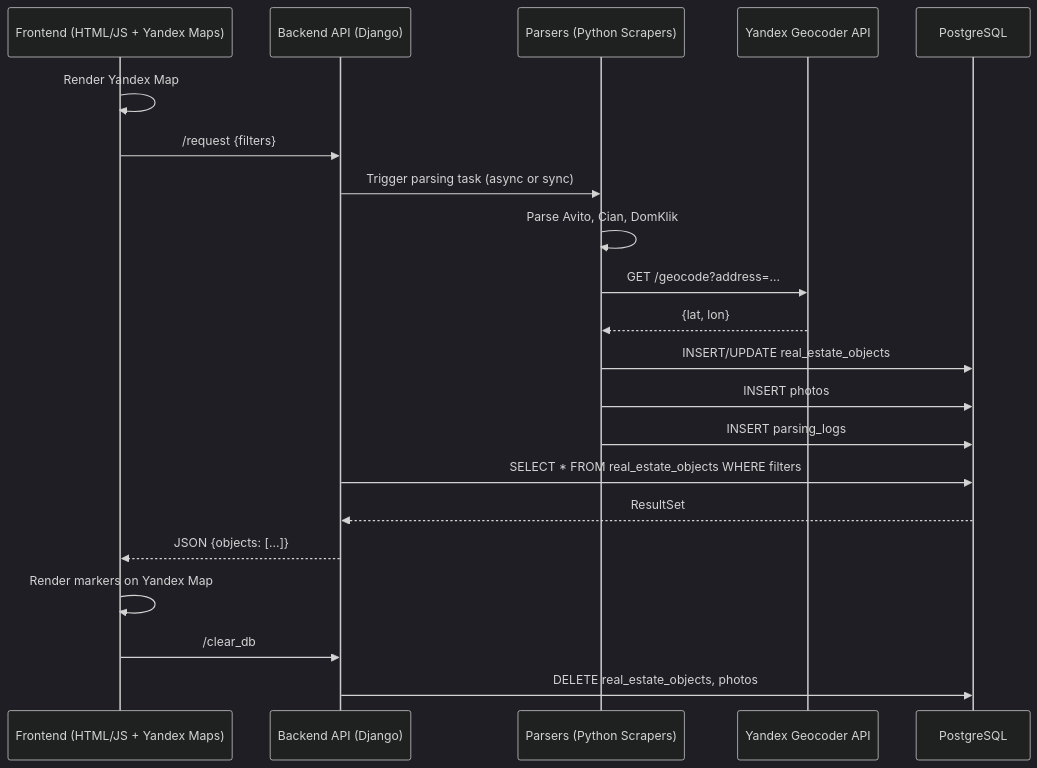
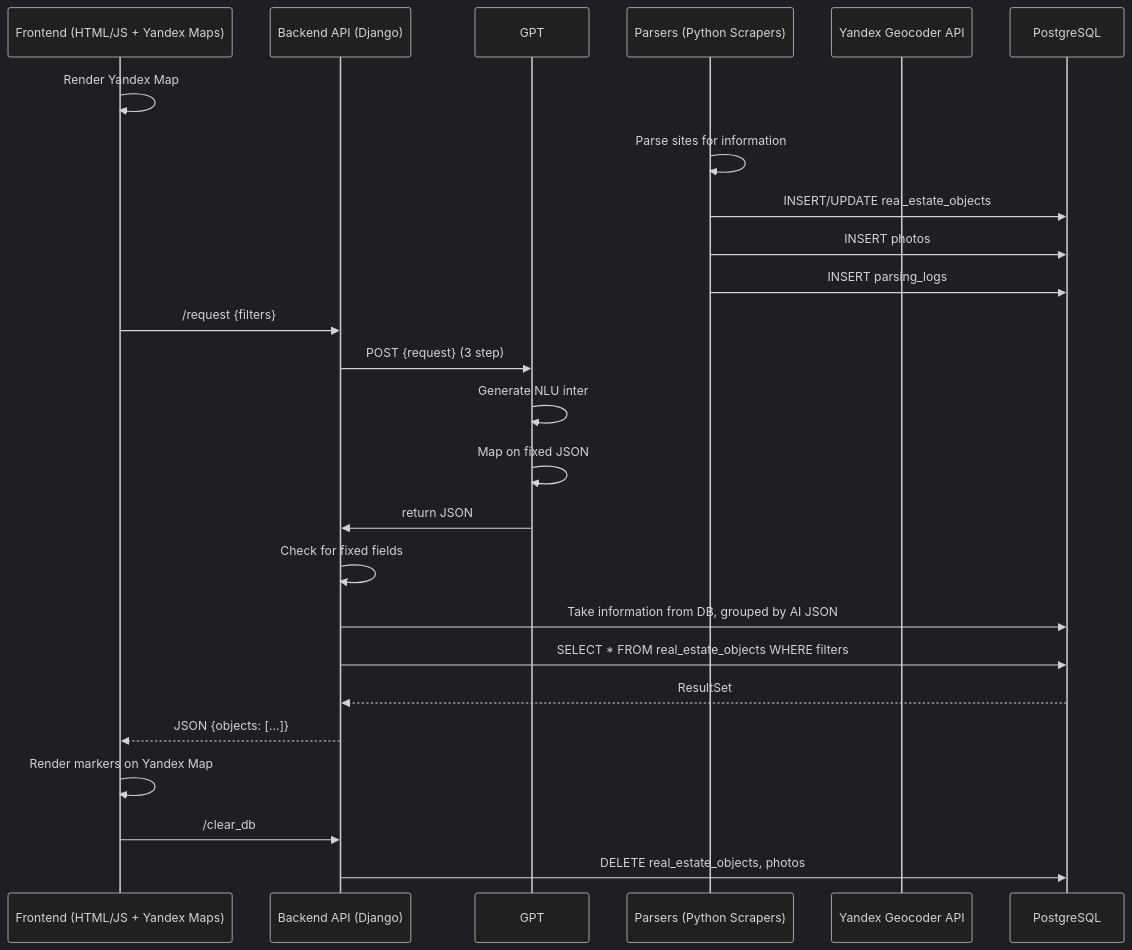
The diagram in docs/scheme.md (BruhWhyMeHaveNoIdea/hackathon), drawn with Mermaid (dark theme) before and after one commit.

````diff
--- a/docs/scheme.md
+++ b/docs/scheme.md
@@ -1,41 +1,42 @@
 ```mermaid
 sequenceDiagram
     participant Front as Frontend (HTML/JS + Yandex Maps)
     participant API as Backend API (Django)
+    participant AI as GPT
     participant Parser as Parsers (Python Scrapers)
     participant Geo as Yandex Geocoder API
     participant DB as PostgreSQL
 
     %% === Старт работы ===
     Front ->> Front: Render Yandex Map
+    Parser ->> Parser: Parse sites for information
+    Parser ->> DB: INSERT/UPDATE real_estate_objects # Put information in DB
+    Parser ->> DB: INSERT photos
+    Parser ->> DB: INSERT parsing_logs
 
     %% === Пользователь вводит требования банка ===
     Front ->> API: /request {filters}
+    
+    API ->> AI: POST {request} (3 step)
+    AI ->> AI: Generate NLU inter
+    AI ->> AI: Map on fixed JSON
+    AI ->> API: return JSON
+    API ->> API: Check for fixed fields
+    API ->> DB: Take information from DB, grouped by AI JSON
 
-    API ->> Parser: Trigger parsing task (async or sync)
-    Parser ->> Parser: Parse Avito, Cian, DomKlik
-
-    %% === Геокодирование ===
-    Parser ->> Geo: GET /geocode?address=...
-    Geo -->> Parser: {lat, lon}
-
-    %% === Сохранение ===
-    Parser ->> DB: INSERT/UPDATE real_estate_objects
-    Parser ->> DB: INSERT photos
-    Parser ->> DB: INSERT parsing_logs
 
     %% === API запрашивает данные для фронта ===
     API ->> DB: SELECT * FROM real_estate_objects WHERE filters
     DB -->> API: ResultSet
 
     %% === Ответ на фронт ===
     API -->> Front: JSON {objects: [...]}
 
     %% === Отображение на карте ===
     Front ->> Front: Render markers on Yandex Map
 
     %% === Отчистка БД после закрытия запроса ===
     Front ->> API: /clear_db
     API ->> DB: DELETE real_estate_objects, photos
 
 ```
````
